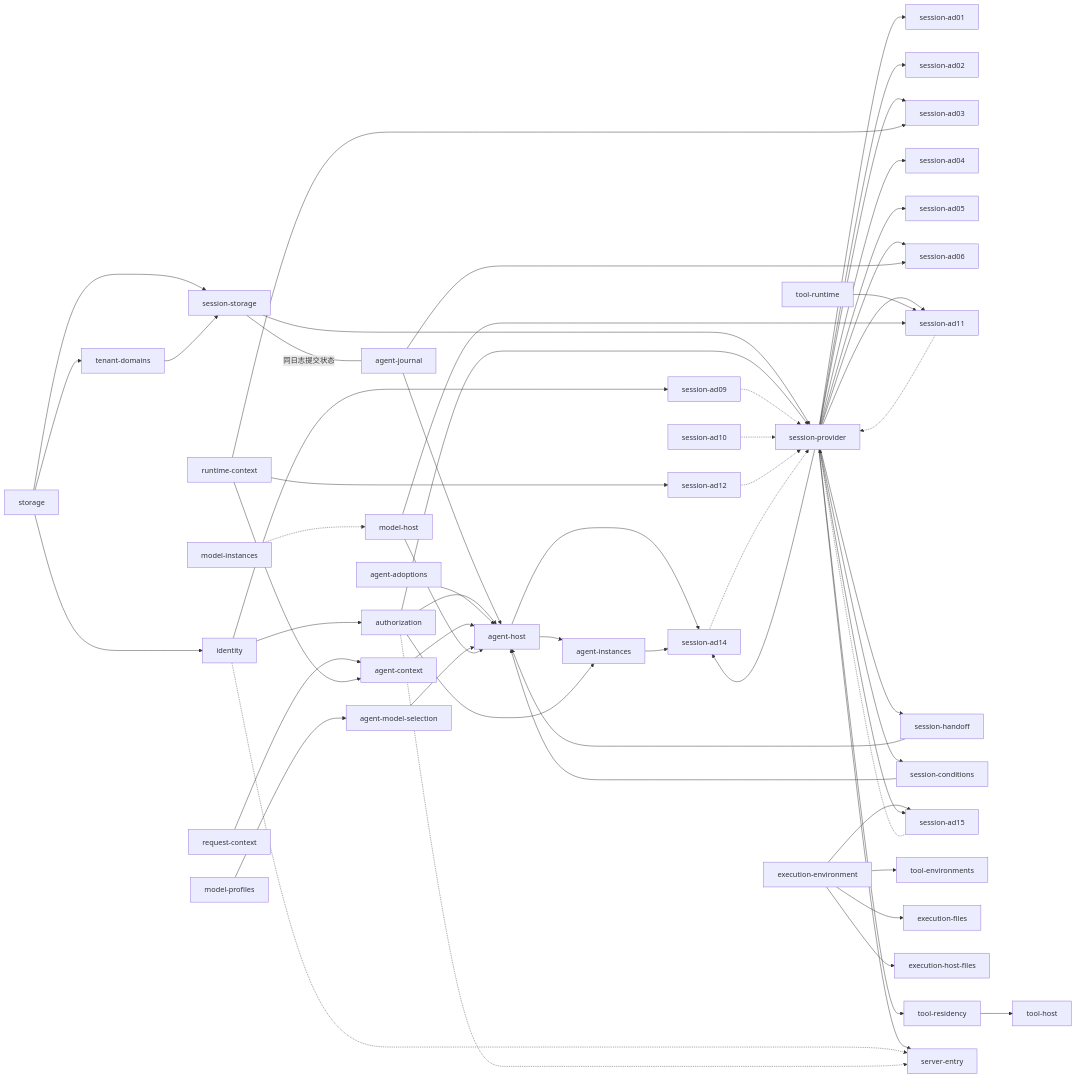
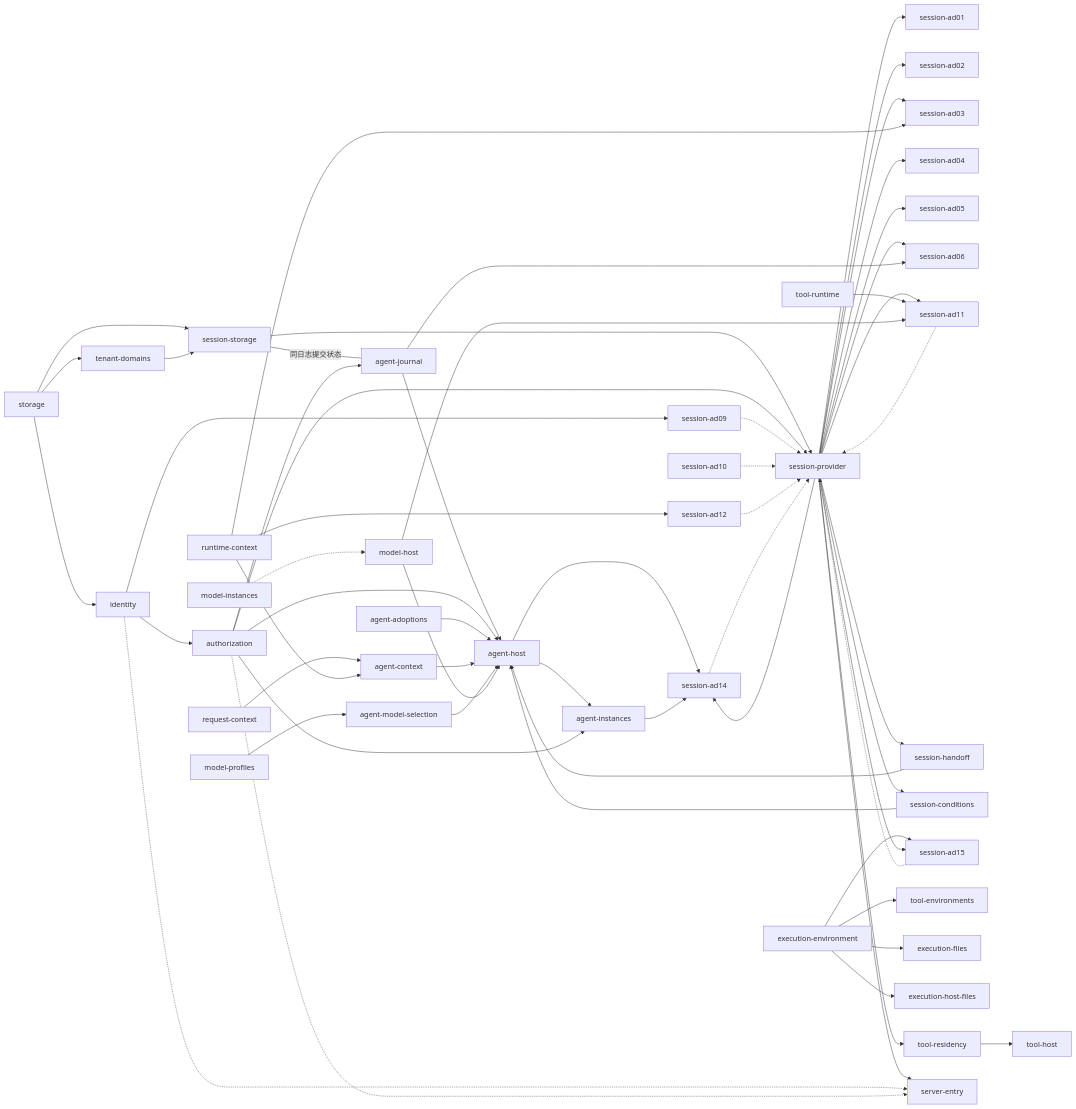
One commit to nemori-ai/omne-harness-lite changed the diagram in docs/architecture/runtime/application-assembly.md. Above: the diagram before and after it, drawn with Mermaid. The commit also changed other lines of this file, not shown here.

First line of the commit message:
docs(assembly): agent-journal 必需注入 sessionAccessCheck

````diff
--- a/docs/architecture/runtime/application-assembly.md
+++ b/docs/architecture/runtime/application-assembly.md
@@ -91,59 +91,60 @@
 ```mermaid
 flowchart LR
   storage --> tenant-domains
   storage --> identity
   storage --> session-storage
   tenant-domains --> session-storage
   session-storage ---|同日志提交状态| agent-journal
   identity --> authorization
   session-storage --> session-provider
   authorization --> session-provider
+  authorization --> agent-journal
   session-provider --> session-ad01
   session-provider --> session-ad02
   session-provider --> session-ad03
   session-provider --> session-ad04
   session-provider --> session-ad05
   session-provider --> session-ad06
   session-provider --> session-ad11
   session-provider --> session-ad14
   runtime-context --> session-ad03
   runtime-context --> session-ad12
   model-profiles --> agent-model-selection
   model-instances -.-> model-host
   identity --> session-ad09
   agent-host --> session-ad14
   agent-instances --> session-ad14
   request-context --> agent-context
   runtime-context --> agent-context
   agent-journal --> agent-host
   authorization --> agent-host
   agent-adoptions --> agent-host
   agent-context --> agent-host
   agent-model-selection --> agent-host
   session-handoff --> agent-host
   session-conditions --> agent-host
   session-provider --> session-handoff
   session-provider --> session-conditions
   model-host --> agent-host
   agent-host --> agent-instances
   authorization --> agent-instances
   tool-runtime --> session-ad11
   agent-journal --> session-ad06
   model-host --> session-ad11
   execution-environment --> session-ad15
   session-provider --> session-ad15
   execution-environment --> tool-environments
   execution-environment --> execution-files
   execution-environment --> execution-host-files
   session-provider --> tool-residency
   tool-residency --> tool-host
   session-provider --> server-entry
   session-ad09 -.-> session-provider
   session-ad10 -.-> session-provider
   session-ad12 -.-> session-provider
   session-ad14 -.-> session-provider
   session-ad11 -.-> session-provider
   session-ad15 -.-> session-provider
   identity -.-> server-entry
   authorization -.-> server-entry
 ```
````
